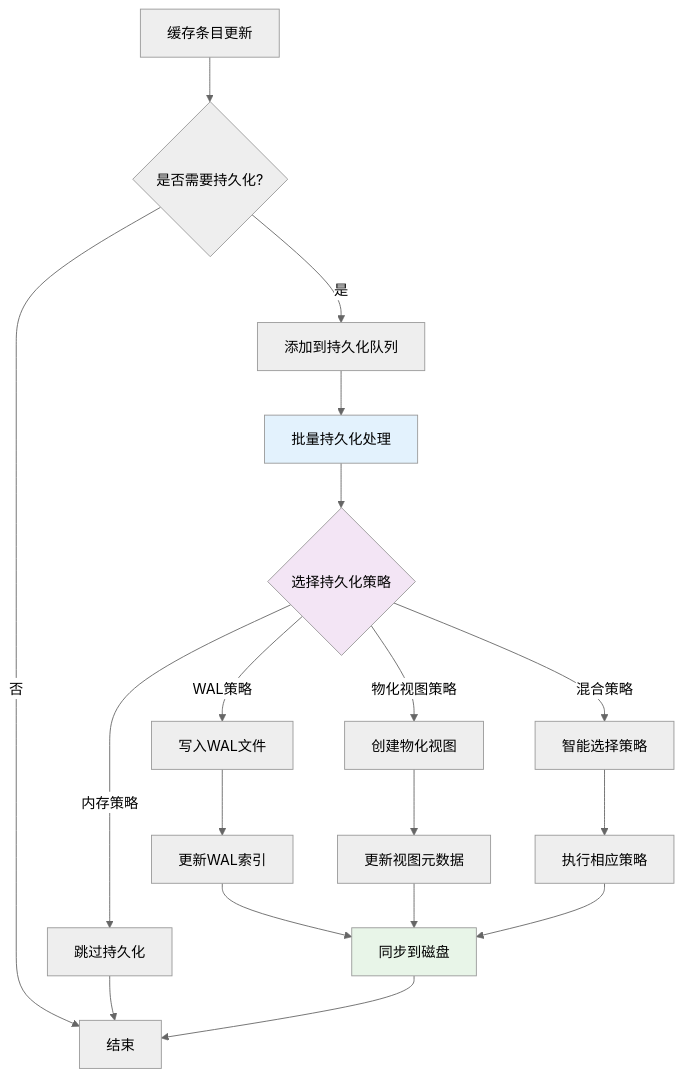
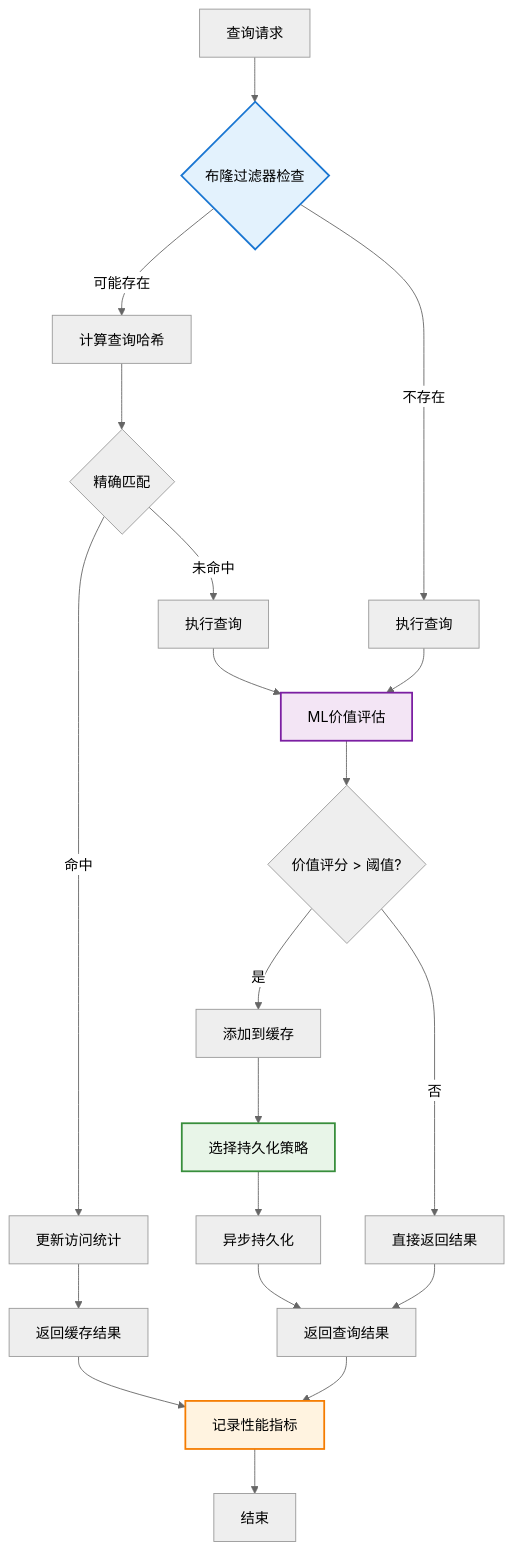
The fourth of 26 diagrams in 第四章-动态缓存更新技术与持久化技术.md (crazypenguincode/duckdb), drawn with Mermaid (neutral theme) before and after one commit. The commit also changed other lines of this file, not shown here.

````diff
--- a/第四章-动态缓存更新技术与持久化技术.md
+++ b/第四章-动态缓存更新技术与持久化技术.md
@@ -368,24 +401,27 @@
 ```mermaid
-graph TD
-    A[缓存条目更新] --> B{是否需要持久化?}
-    B -->|是| C[添加到持久化队列]
-    B -->|否| D[结束]
-    C --> E[批量持久化处理]
-    E --> F{选择持久化策略}
-    F -->|内存策略| G[跳过持久化]
-    F -->|WAL策略| H[写入WAL文件]
-    F -->|物化视图策略| I[创建物化视图]
-    F -->|混合策略| J[智能选择策略]
-    H --> K[更新WAL索引]
-    I --> L[更新视图元数据]
-    J --> M[执行相应策略]
-    K --> N[同步到磁盘]
-    L --> N
-    M --> N
-    G --> D
-    N --> D
+flowchart TD
+    A[查询请求] --> B{布隆过滤器检查}
+    B -->|可能存在| C[计算查询哈希]
+    B -->|不存在| D[执行查询]
+    C --> E{精确匹配}
+    E -->|命中| F[更新访问统计]
+    E -->|未命中| G[执行查询]
+    F --> H[返回缓存结果]
+    G --> I[ML价值评估]
+    D --> I
+    I --> J{价值评分 > 阈值?}
+    J -->|是| K[添加到缓存]
+    J -->|否| L[直接返回结果]
+    K --> M[选择持久化策略]
+    M --> N[异步持久化]
+    N --> O[返回查询结果]
+    L --> O
+    H --> P[记录性能指标]
+    O --> P
+    P --> Q[结束]
     
-    style E fill:#e3f2fd
-    style F fill:#f3e5f5
-    style N fill:#e8f5e8
+    style B fill:#e3f2fd,stroke:#1976d2,stroke-width:2px
+    style I fill:#f3e5f5,stroke:#7b1fa2,stroke-width:2px
+    style M fill:#e8f5e8,stroke:#388e3c,stroke-width:2px
+    style P fill:#fff3e0,stroke:#f57c00,stroke-width:2px
 ```
````
